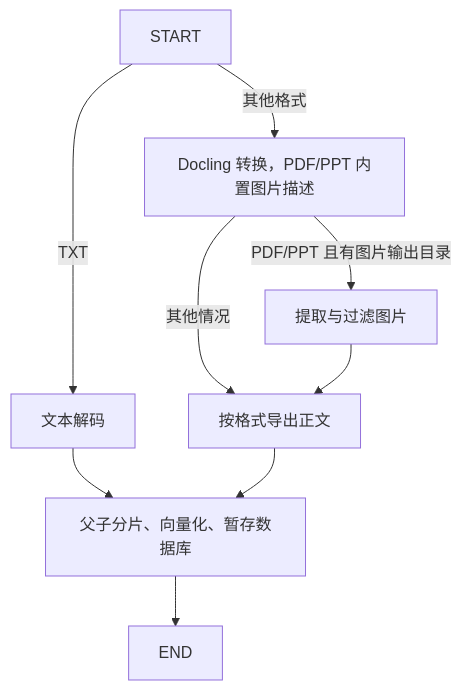
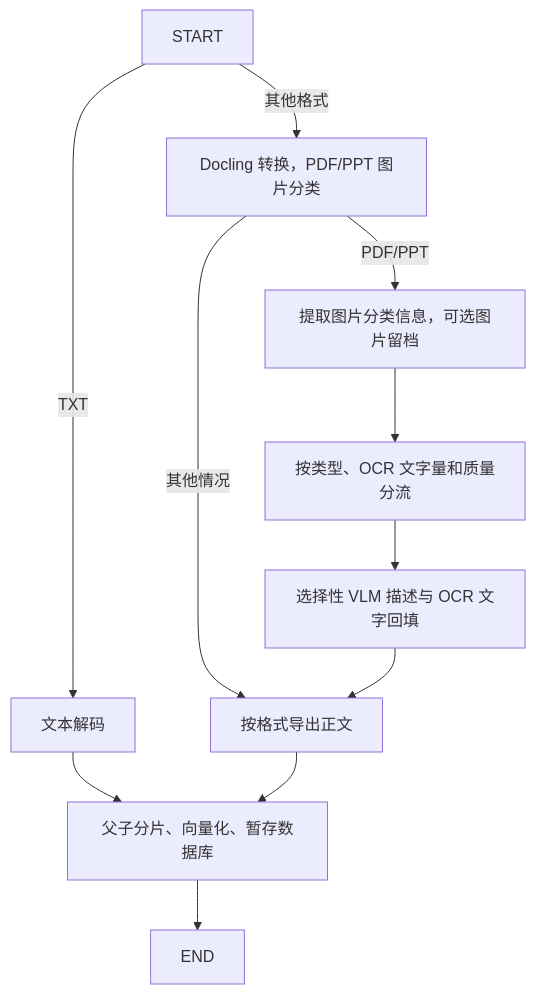
Before and after one commit to adaw821/academic-agent: the second of 2 diagrams in docs/langgraph-workflows.md, drawn with Mermaid. The commit also changed other lines of this file and 10 other files, not shown here.

````diff
--- a/docs/langgraph-workflows.md
+++ b/docs/langgraph-workflows.md
@@ -34,11 +34,13 @@
 ```mermaid
 flowchart TD
     START -->|TXT| decode[文本解码]
-    START -->|其他格式| convert[Docling 转换，PDF/PPT 内置图片描述]
-    convert -->|PDF/PPT 且有图片输出目录| extract[提取与过滤图片]
+    START -->|其他格式| convert[Docling 转换，PDF/PPT 图片分类]
+    convert -->|PDF/PPT| extract[提取图片分类信息，可选图片留档]
     convert -->|其他情况| export[按格式导出正文]
-    extract --> export
+    extract --> route[按类型、OCR 文字量和质量分流]
+    route --> enrich[选择性 VLM 描述与 OCR 文字回填]
+    enrich --> export
     decode --> split[父子分片、向量化、暂存数据库]
     export --> split
     split --> END
 ```
````
